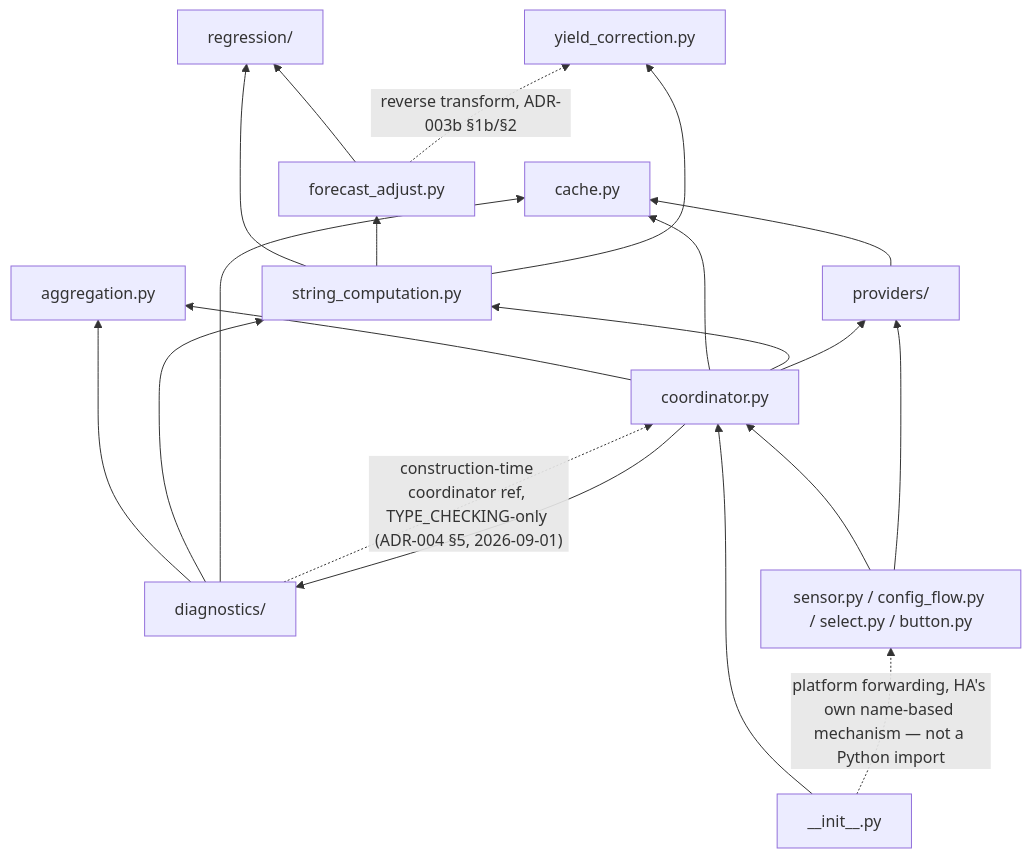
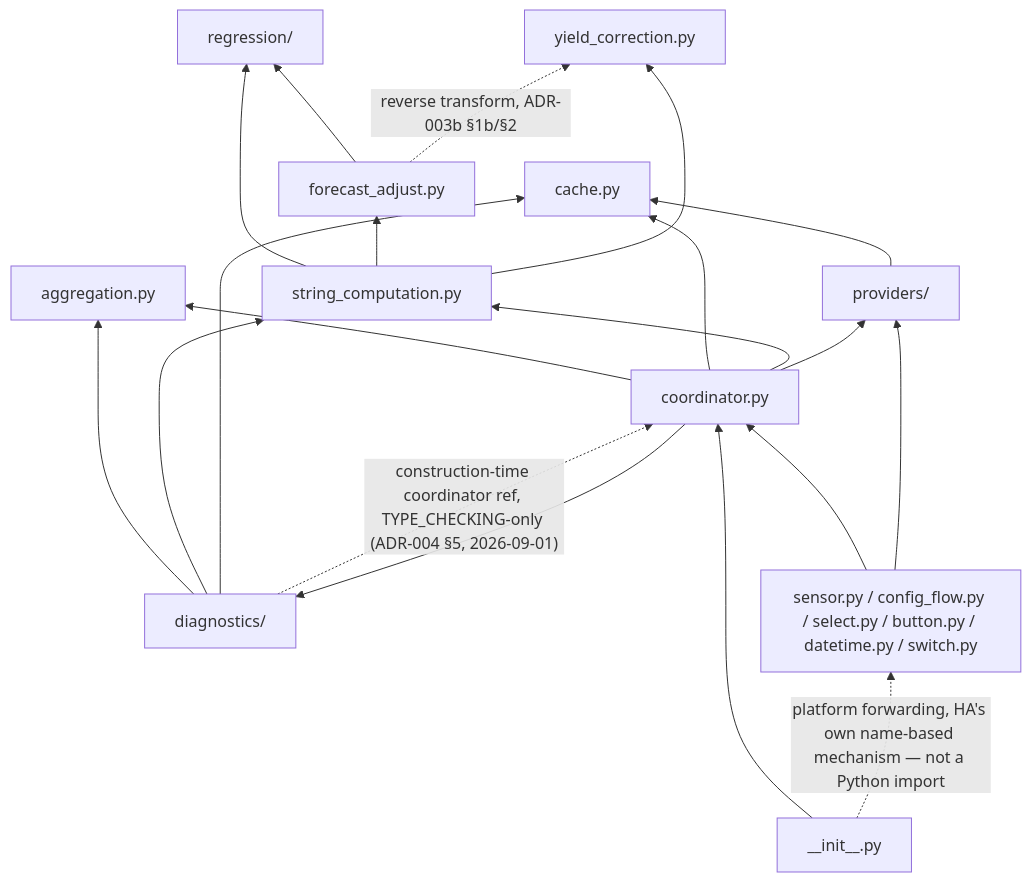
Before and after one commit to eschnepel/shady: the diagram in adr/000-coding-standards.md, drawn with Mermaid. The commit also changed other lines of this file and 19 other files, not shown here.

````diff
--- a/adr/000-coding-standards.md
+++ b/adr/000-coding-standards.md
@@ -154,34 +158,34 @@
 ```mermaid
 flowchart BT
     providers["providers/"]
     yield_correction["yield_correction.py"]
     regression["regression/"]
     forecast_adjust["forecast_adjust.py"]
     string_computation["string_computation.py"]
     aggregation["aggregation.py"]
     diagnostics["diagnostics/"]
     cache["cache.py"]
     coordinator["coordinator.py"]
-    entity_glue["sensor.py / config_flow.py / select.py / button.py"]
+    entity_glue["sensor.py / config_flow.py / select.py / button.py / datetime.py / switch.py"]
     init["__init__.py"]
 
     forecast_adjust --> regression
     string_computation --> regression
     string_computation --> forecast_adjust
     string_computation --> yield_correction
     diagnostics --> aggregation
     diagnostics --> string_computation
     diagnostics --> cache
     providers --> cache
     coordinator --> aggregation
     coordinator --> cache
     coordinator --> string_computation
     coordinator --> diagnostics
     coordinator --> providers
     entity_glue --> coordinator
     entity_glue --> providers
     init --> coordinator
     forecast_adjust -.->|"reverse transform, ADR-003b §1b/§2"| yield_correction
     diagnostics -.->|"construction-time coordinator ref, TYPE_CHECKING-only (ADR-004 §5, 2026-09-01)"| coordinator
     init -.->|"platform forwarding, HA's own name-based mechanism — not a Python import"| entity_glue
 ```
````
